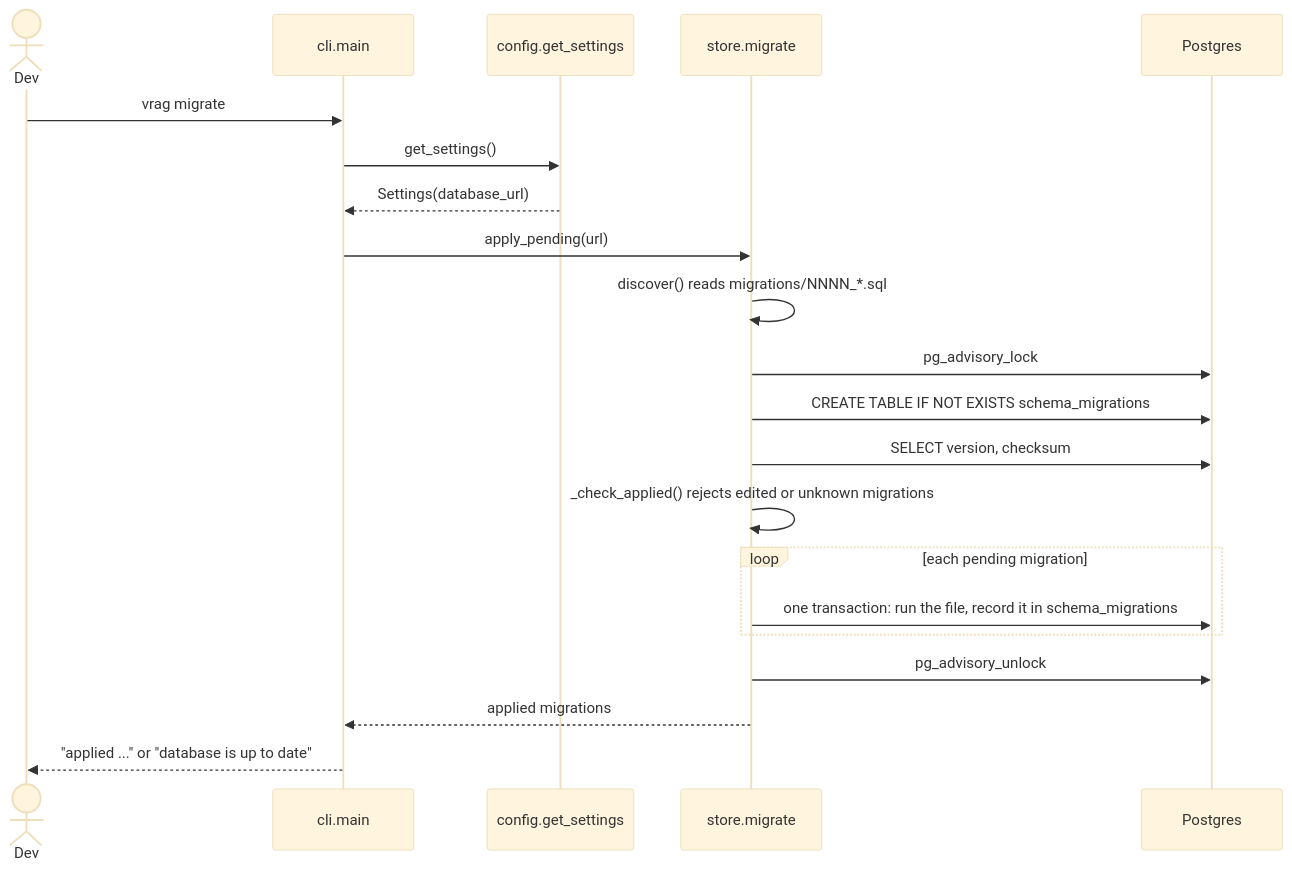
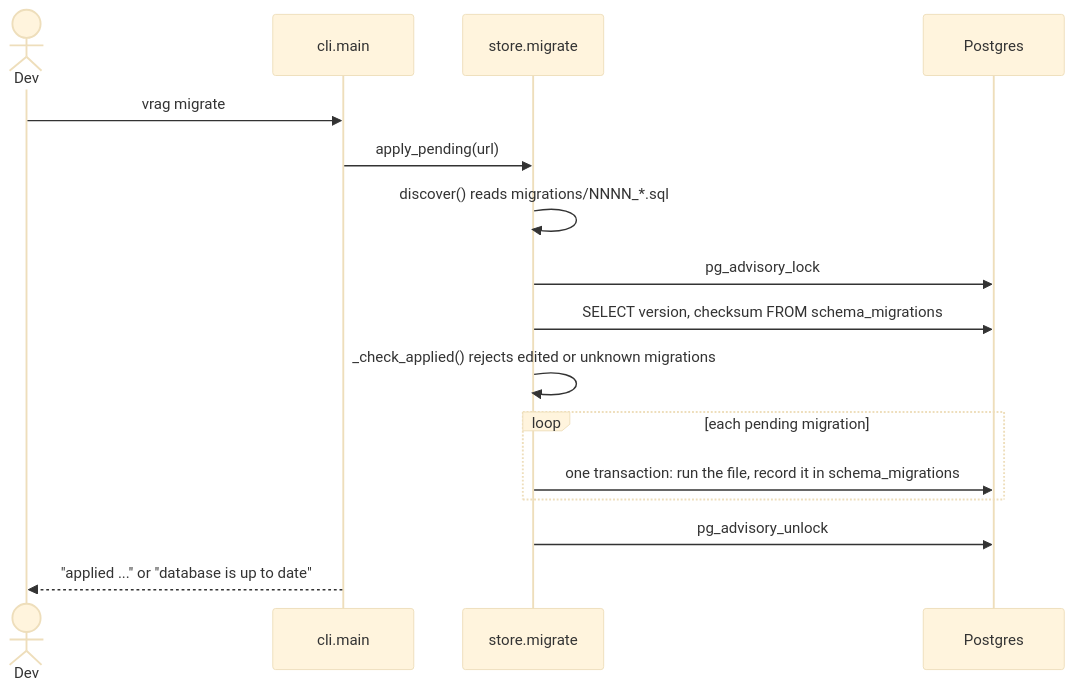
One commit to ChinmayLokare/verified-rag changed the seventh of 8 diagrams in docs/code-map.md. Above: the diagram before and after it, drawn with Mermaid (base theme). The commit also changed other lines of this file and 37 other files, not shown here.

````diff
--- a/docs/code-map.md
+++ b/docs/code-map.md
@@ -140,24 +503,19 @@
 ```mermaid
 sequenceDiagram
     actor Dev
     participant CLI as cli.main
-    participant Cfg as config.get_settings
     participant M as store.migrate
     participant DB as Postgres
 
     Dev->>CLI: vrag migrate
-    CLI->>Cfg: get_settings()
-    Cfg-->>CLI: Settings(database_url)
     CLI->>M: apply_pending(url)
     M->>M: discover() reads migrations/NNNN_*.sql
     M->>DB: pg_advisory_lock
-    M->>DB: CREATE TABLE IF NOT EXISTS schema_migrations
-    M->>DB: SELECT version, checksum
+    M->>DB: SELECT version, checksum FROM schema_migrations
     M->>M: _check_applied() rejects edited or unknown migrations
     loop each pending migration
         M->>DB: one transaction: run the file, record it in schema_migrations
     end
     M->>DB: pg_advisory_unlock
-    M-->>CLI: applied migrations
     CLI-->>Dev: "applied ..." or "database is up to date"
 ```
````
